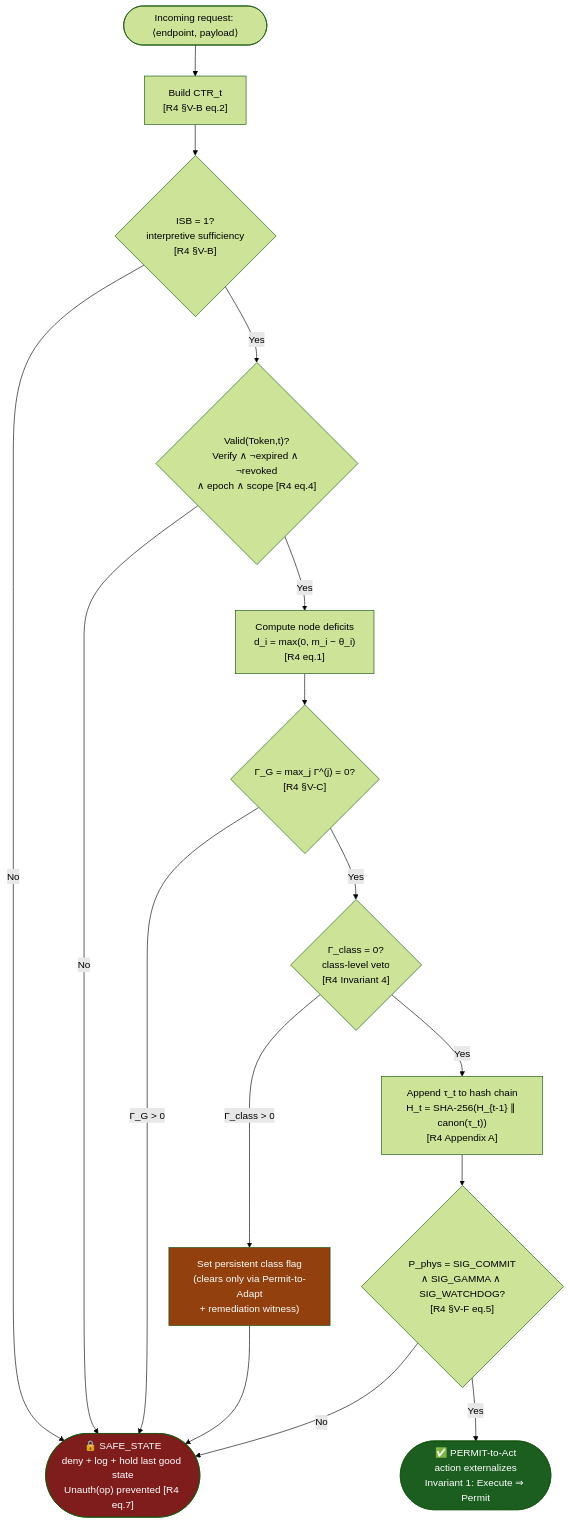
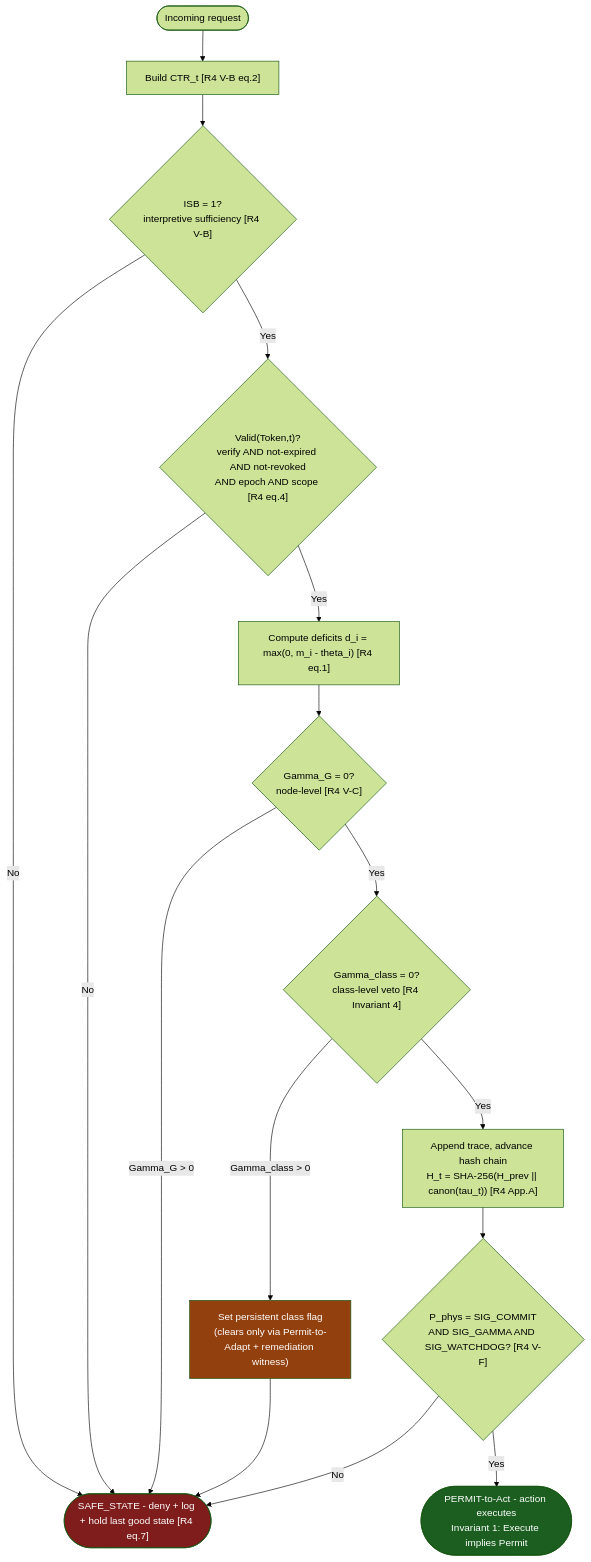
Before and after one commit to AGLakhowal/Gamma-Permit-Package: the second of 2 diagrams in code/README.md, drawn with Mermaid (forest theme). The commit also changed other lines of this file, not shown here.

````diff
--- a/code/README.md
+++ b/code/README.md
@@ -183,24 +206,24 @@
 ```mermaid
 flowchart TD
-    START(["Incoming request: ⟨endpoint, payload⟩"]) --> CTR["Build CTR_t<br/>[R4 §V-B eq.2]"]
-    CTR --> ISB{"ISB = 1?<br/>interpretive sufficiency<br/>[R4 §V-B]"}
+    START(["Incoming request"]) --> CTR["Build CTR_t [R4 V-B eq.2]"]
+    CTR --> ISB{"ISB = 1?<br/>interpretive sufficiency [R4 V-B]"}
     ISB -->|No| DENY
-    ISB -->|Yes| TOKV{"Valid(Token,t)?<br/>Verify ∧ ¬expired ∧ ¬revoked<br/>∧ epoch ∧ scope [R4 eq.4]"}
+    ISB -->|Yes| TOKV{"Valid(Token,t)?<br/>verify AND not-expired AND not-revoked<br/>AND epoch AND scope [R4 eq.4]"}
     TOKV -->|No| DENY
-    TOKV -->|Yes| NODE["Compute node deficits<br/>d_i = max(0, m_i − θ_i)<br/>[R4 eq.1]"]
-    NODE --> GG{"Γ_G = max_j Γ^(j) = 0?<br/>[R4 §V-C]"}
-    GG -->|"Γ_G > 0"| DENY
-    GG -->|Yes| GC{"Γ_class = 0?<br/>class-level veto<br/>[R4 Invariant 4]"}
-    GC -->|"Γ_class > 0"| VETOHOLD["Set persistent class flag<br/>(clears only via Permit-to-Adapt<br/>+ remediation witness)"]
+    TOKV -->|Yes| NODE["Compute deficits d_i = max(0, m_i - theta_i) [R4 eq.1]"]
+    NODE --> GG{"Gamma_G = 0?<br/>node-level [R4 V-C]"}
+    GG -->|"Gamma_G > 0"| DENY
+    GG -->|Yes| GC{"Gamma_class = 0?<br/>class-level veto [R4 Invariant 4]"}
+    GC -->|"Gamma_class > 0"| VETOHOLD["Set persistent class flag<br/>(clears only via Permit-to-Adapt + remediation witness)"]
     VETOHOLD --> DENY
-    GC -->|Yes| COMMIT["Append τ_t to hash chain<br/>H_t = SHA-256(H_{t-1} ∥ canon(τ_t))<br/>[R4 Appendix A]"]
-    COMMIT --> PPHYS{"P_phys = SIG_COMMIT<br/>∧ SIG_GAMMA ∧ SIG_WATCHDOG?<br/>[R4 §V-F eq.5]"}
+    GC -->|Yes| COMMIT["Append trace, advance hash chain<br/>H_t = SHA-256(H_prev || canon(tau_t)) [R4 App.A]"]
+    COMMIT --> PPHYS{"P_phys = SIG_COMMIT<br/>AND SIG_GAMMA AND SIG_WATCHDOG? [R4 V-F]"}
     PPHYS -->|No| DENY
-    PPHYS -->|Yes| PERMIT(["✅ PERMIT-to-Act<br/>action externalizes<br/>Invariant 1: Execute ⇒ Permit"])
+    PPHYS -->|Yes| PERMIT(["PERMIT-to-Act - action executes<br/>Invariant 1: Execute implies Permit"])
 
-    DENY(["🔒 SAFE_STATE<br/>deny + log + hold last good state<br/>Unauth(op) prevented [R4 eq.7]"])
+    DENY(["SAFE_STATE - deny + log + hold last good state [R4 eq.7]"])
 
     style PERMIT fill:#1b5e20,color:#fff
     style DENY fill:#7f1d1d,color:#fff
     style VETOHOLD fill:#92400e,color:#fff
 ```
````
